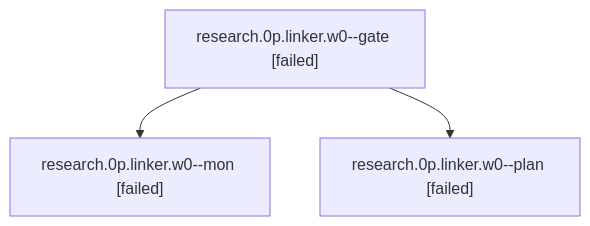
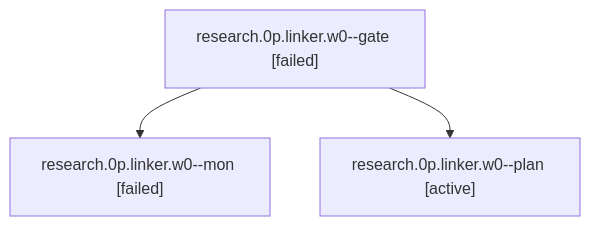
One commit to bobs-org/bob-cli--agents changed the diagram in sessions/bbugyi200.apollo.research.0p.linker.w0.md. Above: the diagram before and after it, drawn with Mermaid. The commit also changed other lines of this file and 341 other files, not shown here.

````diff
--- a/sessions/bbugyi200.apollo.research.0p.linker.w0.md
+++ b/sessions/bbugyi200.apollo.research.0p.linker.w0.md
@@ -9,8 +9,8 @@
 ```mermaid
 flowchart TD
   n0["research.0p.linker.w0--gate [failed]"]
   n1["research.0p.linker.w0--mon [failed]"]
   n0 --> n1
-  n2["research.0p.linker.w0--plan [failed]"]
+  n2["research.0p.linker.w0--plan [active]"]
   n0 --> n2
 ```
````
